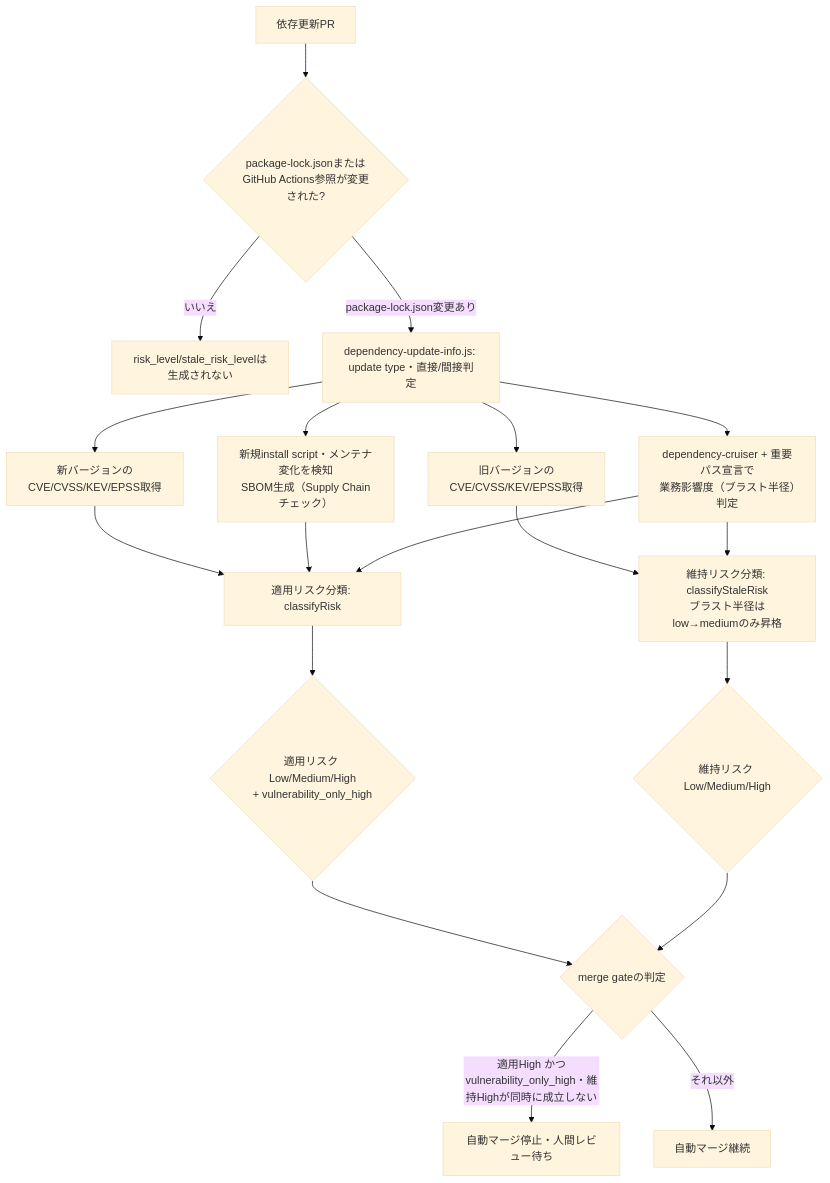
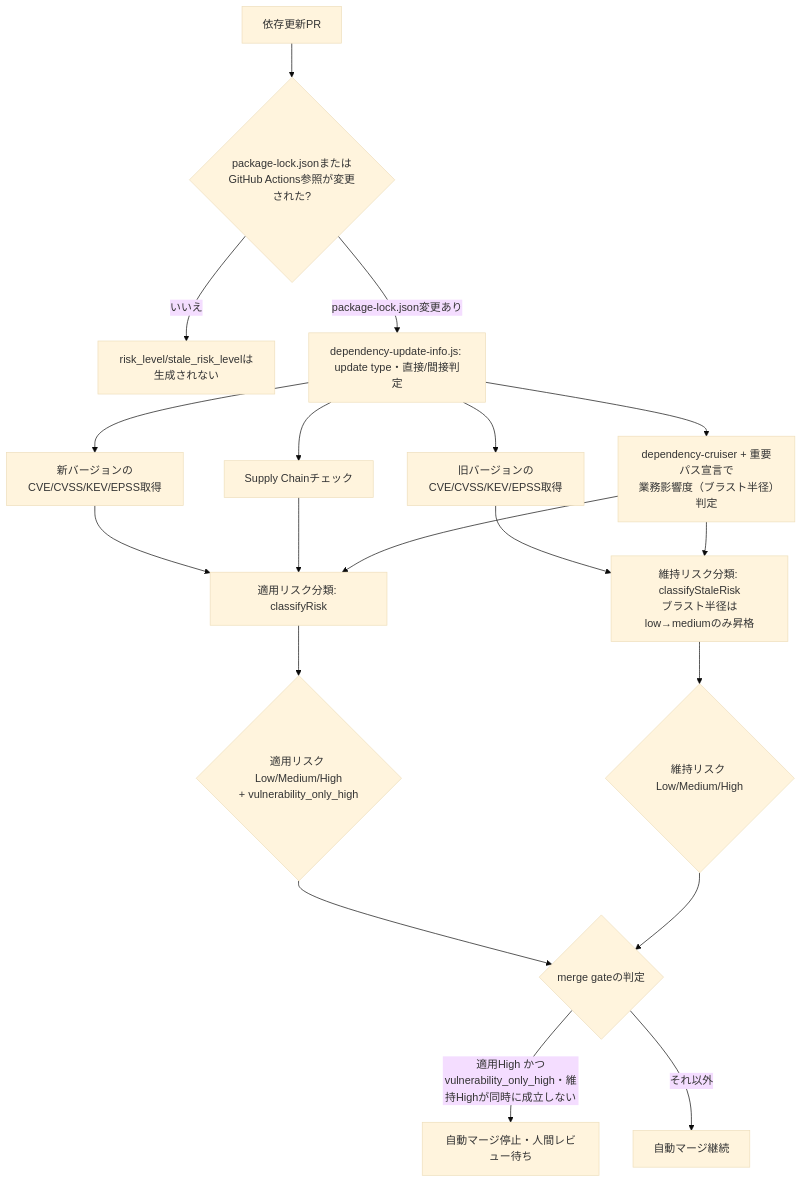
One commit to bamiyanapp/dev-standards changed the diagram in docs/dependency-risk-judgment.md. Above: the diagram before and after it, drawn with Mermaid (base theme).

Commit message:
docs: mermaid図のSupply Chainチェックノードを本文見出しと共通化する (#714)
PR #713で本文側の「Supply Chainチェック」節を拡張したことで、mermaid図の
ノードGが本文と重複する詳細（新規install script・メンテナ変化を検知・
SBOM生成）を抱えたままになっていた。本文見出しと同じ「Supply Chainチェック」
のみへ短縮した。

Claude-Session: https://claude.ai/code/session_01Ub4mHTcNX1tEvrR1fXXgdX

````diff
--- a/docs/dependency-risk-judgment.md
+++ b/docs/dependency-risk-judgment.md
@@ -10,21 +10,21 @@
 ```mermaid
 flowchart TD
     A[依存更新PR] --> B{package-lock.jsonまたは<br/>GitHub Actions参照が変更された?}
     B -->|いいえ| C[risk_level/stale_risk_levelは生成されない]
     B -->|package-lock.json変更あり| D[dependency-update-info.js: update type・直接/間接判定]
     D --> E[新バージョンのCVE/CVSS/KEV/EPSS取得]
     D --> F[旧バージョンのCVE/CVSS/KEV/EPSS取得]
-    D --> G[新規install script・メンテナ変化を検知<br/>SBOM生成（Supply Chainチェック）]
+    D --> G[Supply Chainチェック]
     D --> H[dependency-cruiser + 重要パス宣言で<br/>業務影響度（ブラスト半径）判定]
     E --> I[適用リスク分類: classifyRisk]
     G --> I
     H --> I
     F --> J[維持リスク分類: classifyStaleRisk<br/>ブラスト半径はlow→mediumのみ昇格]
     H --> J
     I --> K{適用リスク Low/Medium/High<br/>+ vulnerability_only_high}
     J --> L{維持リスク Low/Medium/High}
     K --> M{merge gateの判定}
     L --> M
     M -->|適用High かつ<br/>vulnerability_only_high・維持Highが同時に成立しない| N[自動マージ停止・人間レビュー待ち]
     M -->|それ以外| O[自動マージ継続]
 ```
````
